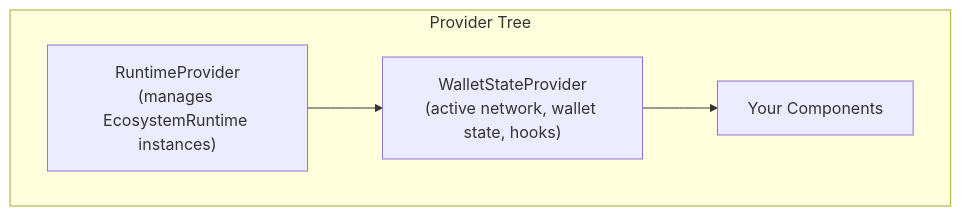
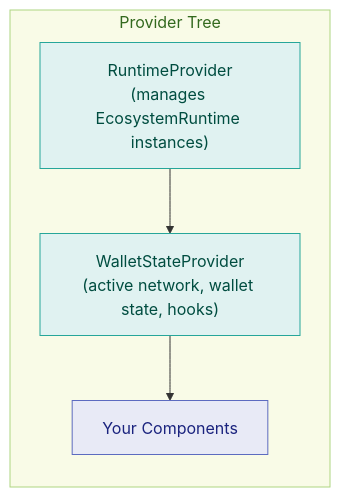
The first of 2 diagrams in content/tools/uikit/react-integration.mdx (OpenZeppelin/docs), drawn with Mermaid before and after one commit.

Commit message:
docs(uikit): improve provider tree diagram styling

````diff
--- a/content/tools/uikit/react-integration.mdx
+++ b/content/tools/uikit/react-integration.mdx
@@ -11,11 +11,16 @@
 ```mermaid
-graph TB
-  subgraph "Provider Tree"
+%%{init: {'flowchart': {'nodeSpacing': 40, 'rankSpacing': 40}} }%%
+flowchart LR
+  subgraph PT["Provider Tree"]
     RP["RuntimeProvider<br/>(manages EcosystemRuntime instances)"]
     WSP["WalletStateProvider<br/>(active network, wallet state, hooks)"]
     App["Your Components"]
   end
 
-  RP --> WSP
-  WSP --> App
+  RP --> WSP --> App
+
+  style RP fill:#e0f2f1,stroke:#26a69a,color:#004d40
+  style WSP fill:#e0f2f1,stroke:#26a69a,color:#004d40
+  style App fill:#e8eaf6,stroke:#5c6bc0,color:#1a237e
+  style PT fill:#f9fbe7,stroke:#aed581,color:#33691e
 ```
````
